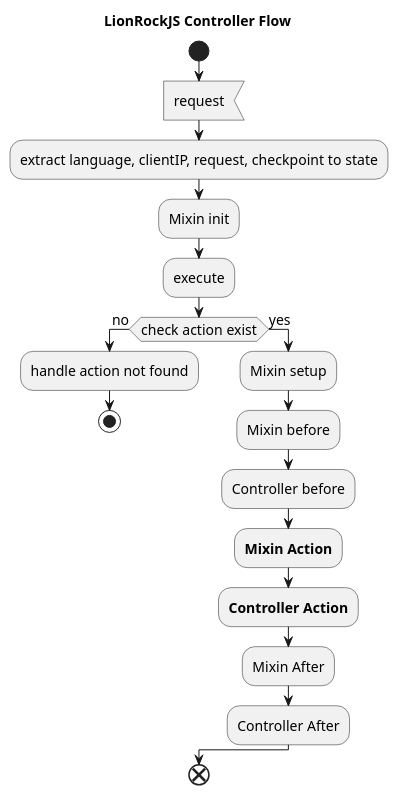
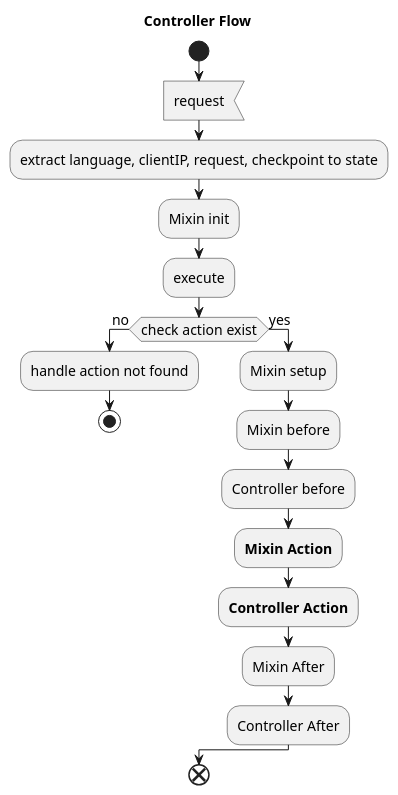
The diagram in spec/controller.puml (LionRockJS/mvc), drawn with PlantUML before and after one commit.

Commit message:
chore: update spec

```diff
--- a/spec/controller.puml
+++ b/spec/controller.puml
@@ -1,28 +1,28 @@
 @startuml
 skinparam monochrome true
 skinparam shadowing false
 skinparam defaultFontName "Barlow Semi Condensed"
 skinparam defaultFontSize 14
 
-title LionRockJS Controller Flow
+title Controller Flow
 
 start
 :request<
 :extract language, clientIP, request, checkpoint to state;
 :Mixin init;
 :execute;
 if(check action exist) then (no)
 :handle action not found;
 stop
 else (yes)
 :Mixin setup;
 :Mixin before;
 :Controller before;
 :**Mixin Action**;
 :**Controller Action**;
 :Mixin After;
 :Controller After;
 endif
 end
 
 @enduml
```
